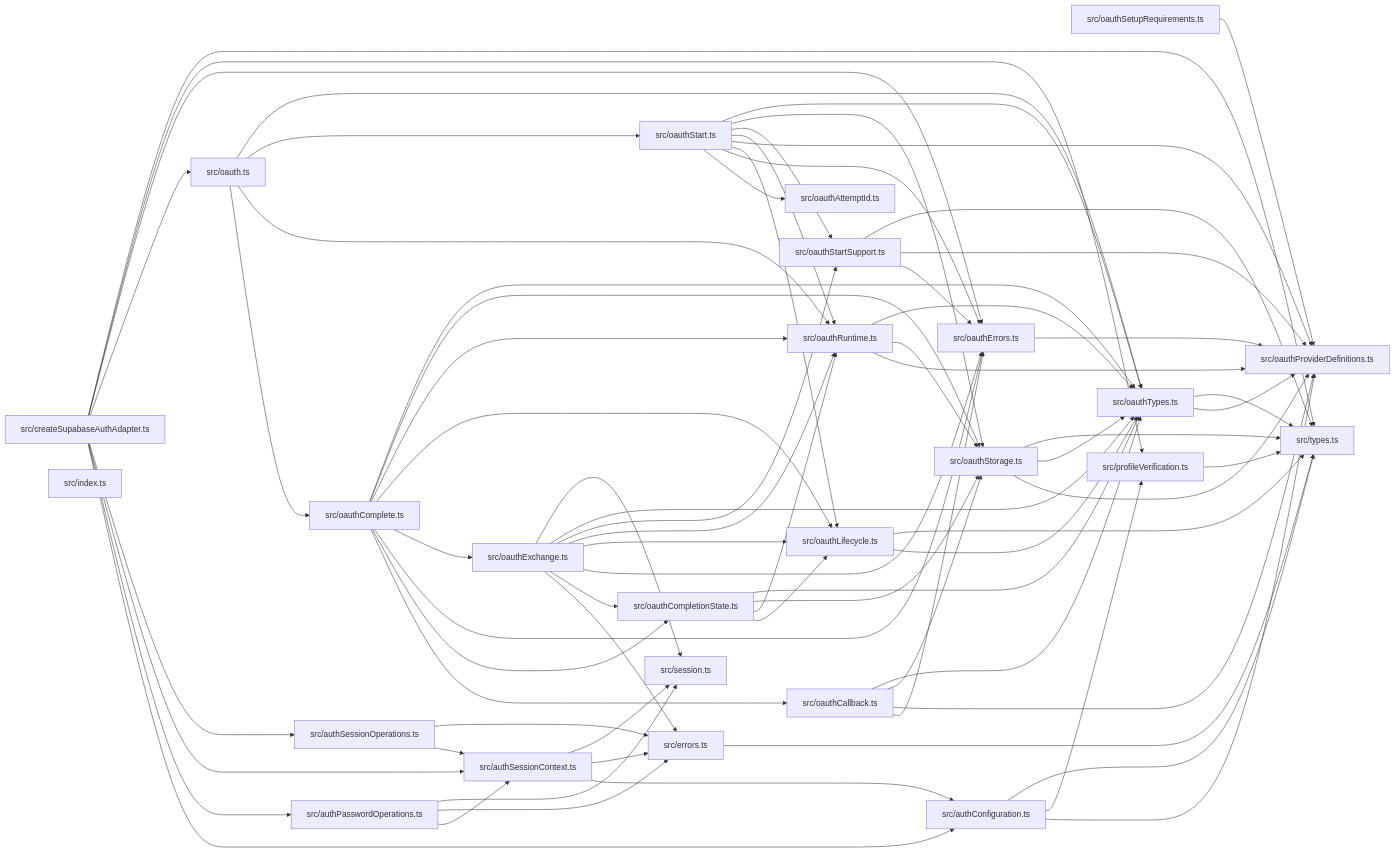
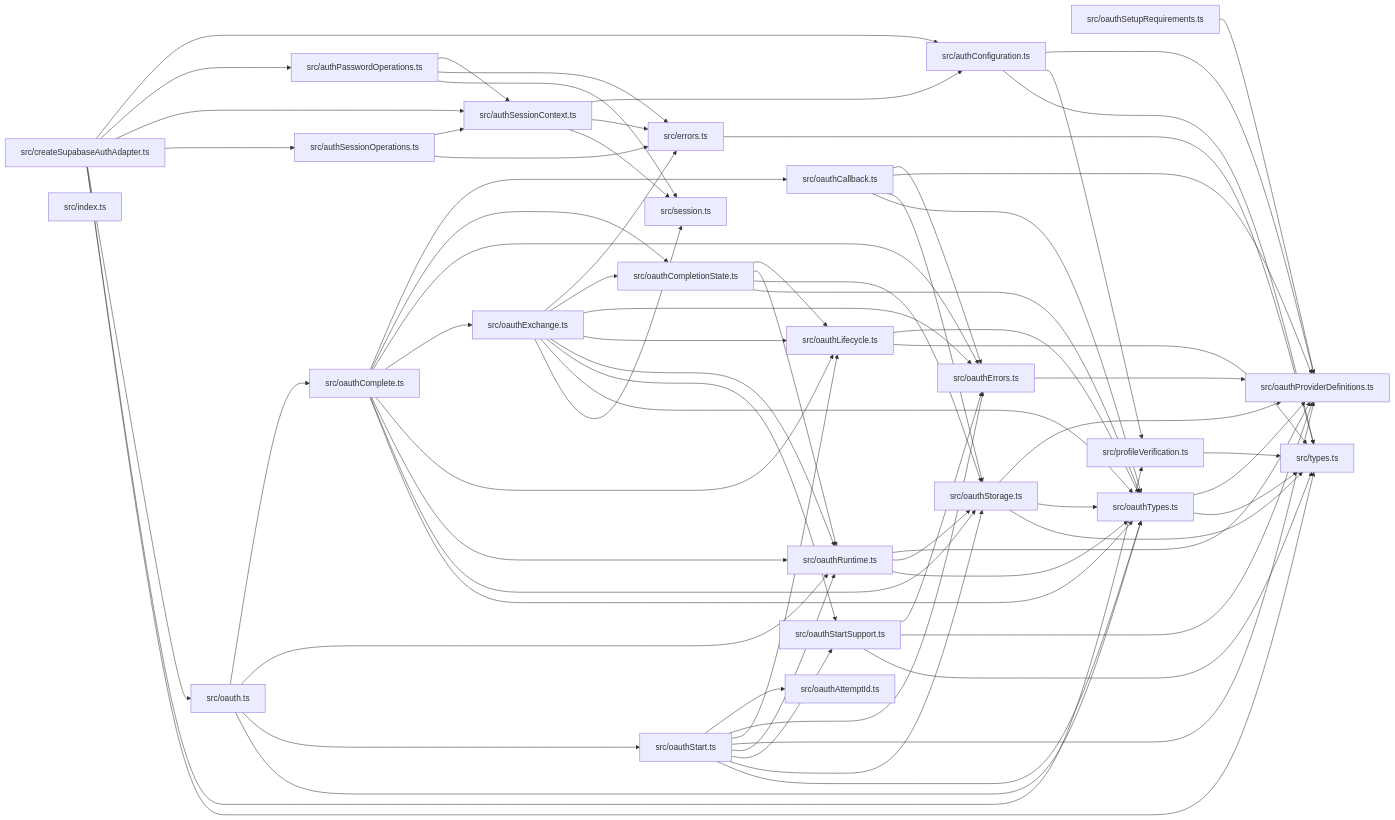
One commit to ankhorage/auth-supabase changed the diagram in paradox/diagrams/module-relationships.mmd. Above: the diagram before and after it, drawn with Mermaid. The commit also changed 7 other files, not shown here.

```diff
--- a/paradox/diagrams/module-relationships.mmd
+++ b/paradox/diagrams/module-relationships.mmd
@@ -1,98 +1,97 @@
 graph LR
   module_src_authConfiguration_ts["src/authConfiguration.ts"]
   module_src_authPasswordOperations_ts["src/authPasswordOperations.ts"]
   module_src_authSessionContext_ts["src/authSessionContext.ts"]
   module_src_authSessionOperations_ts["src/authSessionOperations.ts"]
   module_src_createSupabaseAuthAdapter_ts["src/createSupabaseAuthAdapter.ts"]
   module_src_errors_ts["src/errors.ts"]
   module_src_index_ts["src/index.ts"]
   module_src_oauth_ts["src/oauth.ts"]
   module_src_oauthAttemptId_ts["src/oauthAttemptId.ts"]
   module_src_oauthCallback_ts["src/oauthCallback.ts"]
   module_src_oauthComplete_ts["src/oauthComplete.ts"]
   module_src_oauthCompletionState_ts["src/oauthCompletionState.ts"]
   module_src_oauthErrors_ts["src/oauthErrors.ts"]
   module_src_oauthExchange_ts["src/oauthExchange.ts"]
   module_src_oauthLifecycle_ts["src/oauthLifecycle.ts"]
   module_src_oauthProviderDefinitions_ts["src/oauthProviderDefinitions.ts"]
   module_src_oauthRuntime_ts["src/oauthRuntime.ts"]
   module_src_oauthSetupRequirements_ts["src/oauthSetupRequirements.ts"]
   module_src_oauthStart_ts["src/oauthStart.ts"]
   module_src_oauthStartSupport_ts["src/oauthStartSupport.ts"]
   module_src_oauthStorage_ts["src/oauthStorage.ts"]
   module_src_oauthTypes_ts["src/oauthTypes.ts"]
   module_src_profileVerification_ts["src/profileVerification.ts"]
   module_src_session_ts["src/session.ts"]
   module_src_types_ts["src/types.ts"]
   module_src_authConfiguration_ts --> module_src_oauthProviderDefinitions_ts
   module_src_authConfiguration_ts --> module_src_profileVerification_ts
   module_src_authConfiguration_ts --> module_src_types_ts
   module_src_authPasswordOperations_ts --> module_src_authSessionContext_ts
   module_src_authPasswordOperations_ts --> module_src_errors_ts
   module_src_authPasswordOperations_ts --> module_src_session_ts
   module_src_authSessionContext_ts --> module_src_authConfiguration_ts
   module_src_authSessionContext_ts --> module_src_errors_ts
   module_src_authSessionContext_ts --> module_src_session_ts
   module_src_authSessionOperations_ts --> module_src_authSessionContext_ts
   module_src_authSessionOperations_ts --> module_src_errors_ts
   module_src_createSupabaseAuthAdapter_ts --> module_src_authConfiguration_ts
   module_src_createSupabaseAuthAdapter_ts --> module_src_authPasswordOperations_ts
   module_src_createSupabaseAuthAdapter_ts --> module_src_authSessionContext_ts
   module_src_createSupabaseAuthAdapter_ts --> module_src_authSessionOperations_ts
   module_src_createSupabaseAuthAdapter_ts --> module_src_oauth_ts
-  module_src_createSupabaseAuthAdapter_ts --> module_src_oauthErrors_ts
   module_src_createSupabaseAuthAdapter_ts --> module_src_profileVerification_ts
   module_src_createSupabaseAuthAdapter_ts --> module_src_types_ts
   module_src_errors_ts --> module_src_types_ts
   module_src_oauth_ts --> module_src_oauthComplete_ts
   module_src_oauth_ts --> module_src_oauthRuntime_ts
   module_src_oauth_ts --> module_src_oauthStart_ts
   module_src_oauth_ts --> module_src_oauthTypes_ts
   module_src_oauthCallback_ts --> module_src_oauthErrors_ts
   module_src_oauthCallback_ts --> module_src_oauthProviderDefinitions_ts
   module_src_oauthCallback_ts --> module_src_oauthStorage_ts
   module_src_oauthCallback_ts --> module_src_oauthTypes_ts
   module_src_oauthComplete_ts --> module_src_oauthCallback_ts
   module_src_oauthComplete_ts --> module_src_oauthCompletionState_ts
   module_src_oauthComplete_ts --> module_src_oauthErrors_ts
   module_src_oauthComplete_ts --> module_src_oauthExchange_ts
   module_src_oauthComplete_ts --> module_src_oauthLifecycle_ts
   module_src_oauthComplete_ts --> module_src_oauthRuntime_ts
   module_src_oauthComplete_ts --> module_src_oauthStorage_ts
   module_src_oauthComplete_ts --> module_src_oauthTypes_ts
   module_src_oauthCompletionState_ts --> module_src_oauthLifecycle_ts
   module_src_oauthCompletionState_ts --> module_src_oauthRuntime_ts
   module_src_oauthCompletionState_ts --> module_src_oauthStorage_ts
   module_src_oauthCompletionState_ts --> module_src_oauthTypes_ts
   module_src_oauthErrors_ts --> module_src_oauthProviderDefinitions_ts
   module_src_oauthExchange_ts --> module_src_errors_ts
   module_src_oauthExchange_ts --> module_src_oauthCompletionState_ts
   module_src_oauthExchange_ts --> module_src_oauthErrors_ts
   module_src_oauthExchange_ts --> module_src_oauthLifecycle_ts
   module_src_oauthExchange_ts --> module_src_oauthRuntime_ts
   module_src_oauthExchange_ts --> module_src_oauthStartSupport_ts
   module_src_oauthExchange_ts --> module_src_oauthTypes_ts
   module_src_oauthExchange_ts --> module_src_session_ts
   module_src_oauthLifecycle_ts --> module_src_oauthTypes_ts
   module_src_oauthLifecycle_ts --> module_src_types_ts
   module_src_oauthRuntime_ts --> module_src_oauthProviderDefinitions_ts
   module_src_oauthRuntime_ts --> module_src_oauthStorage_ts
   module_src_oauthRuntime_ts --> module_src_oauthTypes_ts
   module_src_oauthSetupRequirements_ts --> module_src_oauthProviderDefinitions_ts
   module_src_oauthStart_ts --> module_src_oauthAttemptId_ts
   module_src_oauthStart_ts --> module_src_oauthErrors_ts
   module_src_oauthStart_ts --> module_src_oauthLifecycle_ts
   module_src_oauthStart_ts --> module_src_oauthProviderDefinitions_ts
   module_src_oauthStart_ts --> module_src_oauthRuntime_ts
   module_src_oauthStart_ts --> module_src_oauthStartSupport_ts
   module_src_oauthStart_ts --> module_src_oauthStorage_ts
   module_src_oauthStart_ts --> module_src_oauthTypes_ts
   module_src_oauthStartSupport_ts --> module_src_oauthErrors_ts
   module_src_oauthStartSupport_ts --> module_src_oauthProviderDefinitions_ts
   module_src_oauthStartSupport_ts --> module_src_types_ts
   module_src_oauthStorage_ts --> module_src_oauthProviderDefinitions_ts
   module_src_oauthStorage_ts --> module_src_oauthTypes_ts
   module_src_oauthStorage_ts --> module_src_types_ts
   module_src_oauthTypes_ts --> module_src_oauthProviderDefinitions_ts
   module_src_oauthTypes_ts --> module_src_types_ts
   module_src_profileVerification_ts --> module_src_types_ts
```
